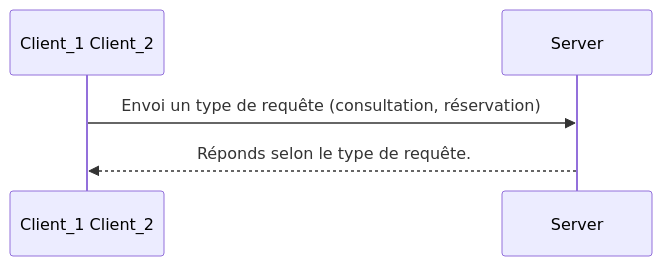
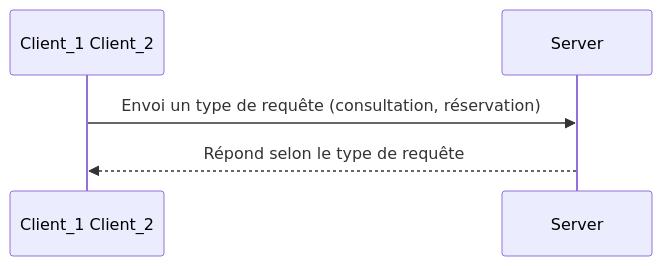
One commit to laize-loucia/movie_booking changed the first of 3 diagrams in README.md. Above: the diagram before and after it, drawn with Mermaid.

````diff
--- a/README.md
+++ b/README.md
@@ -5,6 +5,6 @@
 ```mermaid
 sequenceDiagram
 
     Client_1 Client_2->>Server: Envoi un type de requête (consultation, réservation)
-    Server-->>Client_1 Client_2: Réponds selon le type de requête.
+    Server-->>Client_1 Client_2: Répond selon le type de requête
 ```
````
